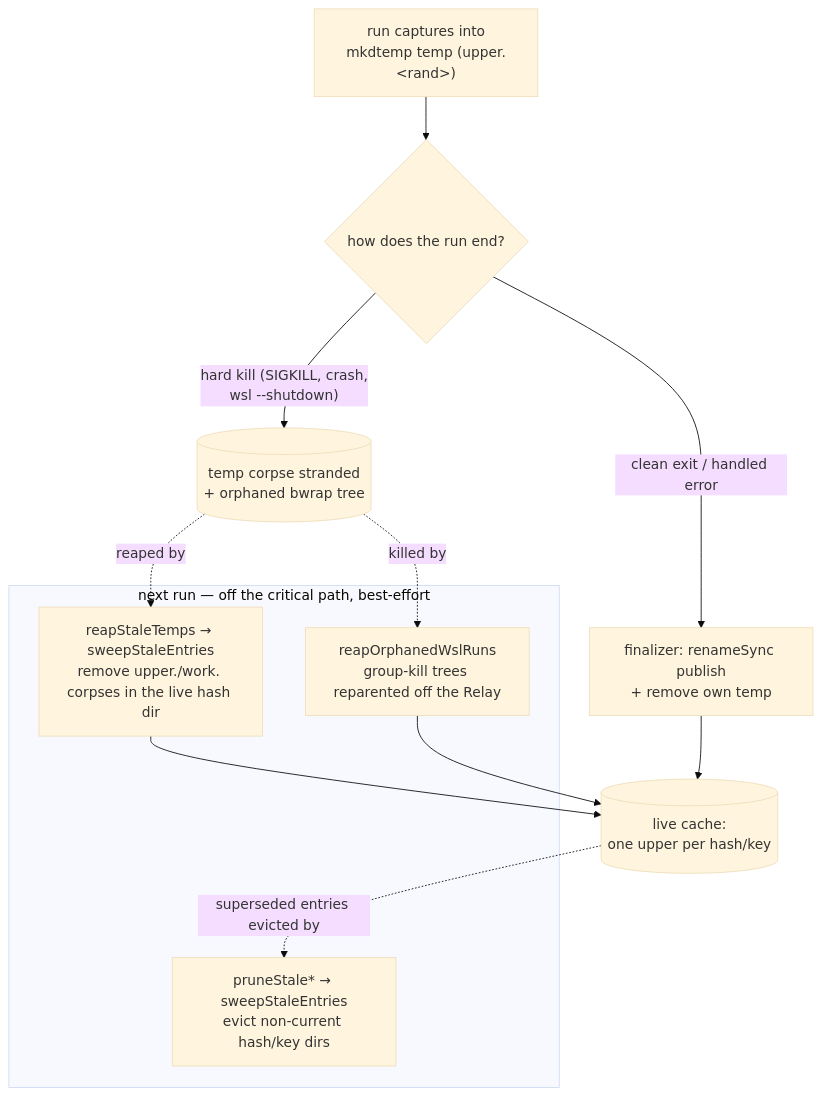
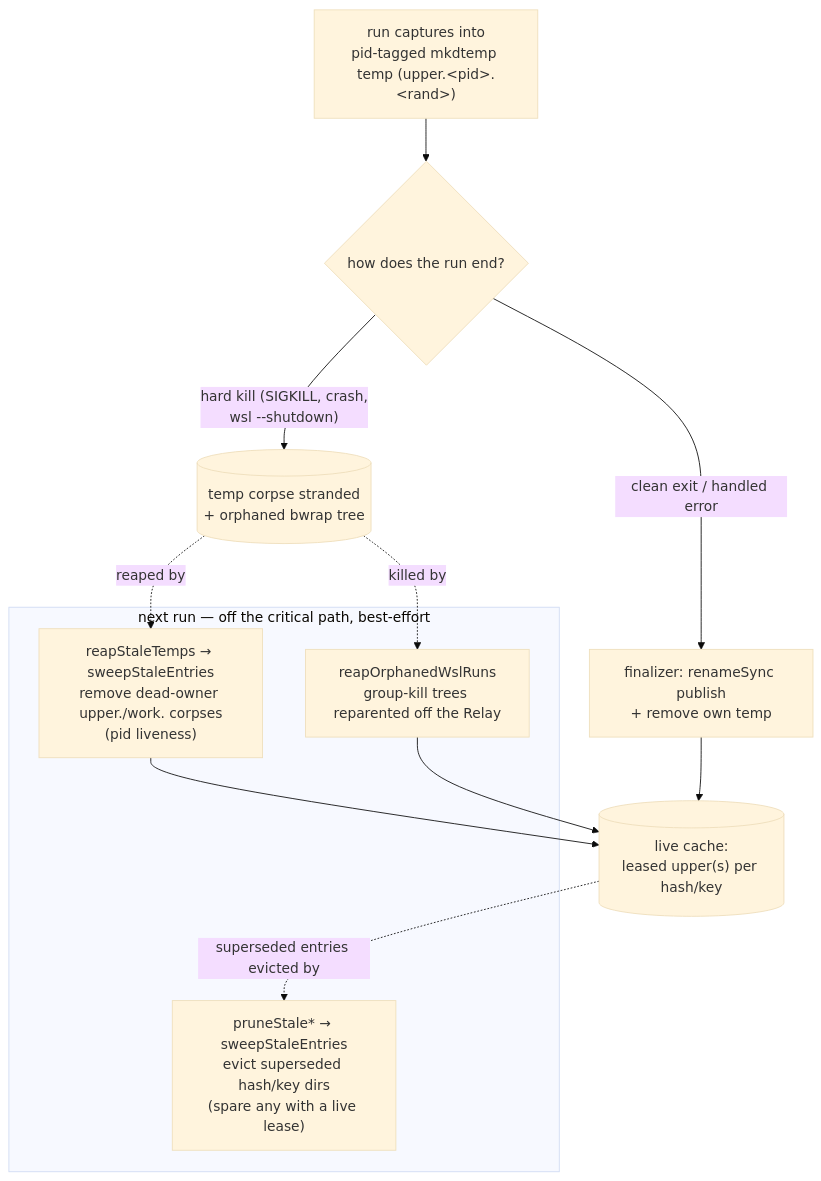
One commit to Esposter/Esposter changed the third of 3 diagrams in features/virrun/architecture.md. Above: the diagram before and after it, drawn with Mermaid (base theme). The commit also changed other lines of this file and 6 other files, not shown here.

````diff
--- a/features/virrun/architecture.md
+++ b/features/virrun/architecture.md
@@ -134,20 +134,20 @@
 ```mermaid
 flowchart TB
-    start["run captures into<br/>mkdtemp temp (upper.&lt;rand&gt;)"] --> exit{"how does the run end?"}
+    start["run captures into<br/>pid-tagged mkdtemp temp (upper.&lt;pid&gt;.&lt;rand&gt;)"] --> exit{"how does the run end?"}
     exit -->|"clean exit / handled error"| fin["finalizer: renameSync publish<br/>+ remove own temp"]
     exit -->|"hard kill (SIGKILL, crash,<br/>wsl --shutdown)"| leak[("temp corpse stranded<br/>+ orphaned bwrap tree")]
 
-    fin --> live[("live cache:<br/>one upper per hash/key")]
+    fin --> live[("live cache:<br/>leased upper(s) per hash/key")]
 
     subgraph next["next run — off the critical path, best-effort"]
-        prune["pruneStale* → sweepStaleEntries<br/>evict non-current hash/key dirs"]
-        reap["reapStaleTemps → sweepStaleEntries<br/>remove upper./work. corpses in the live hash dir"]
+        prune["pruneStale* → sweepStaleEntries<br/>evict superseded hash/key dirs<br/>(spare any with a live lease)"]
+        reap["reapStaleTemps → sweepStaleEntries<br/>remove dead-owner upper./work. corpses<br/>(pid liveness)"]
         orphan["reapOrphanedWslRuns<br/>group-kill trees reparented off the Relay"]
     end
 
     leak -.reaped by.-> reap
     leak -.killed by.-> orphan
     live -.superseded entries evicted by.-> prune
     reap --> live
     orphan --> live
 ```
````
